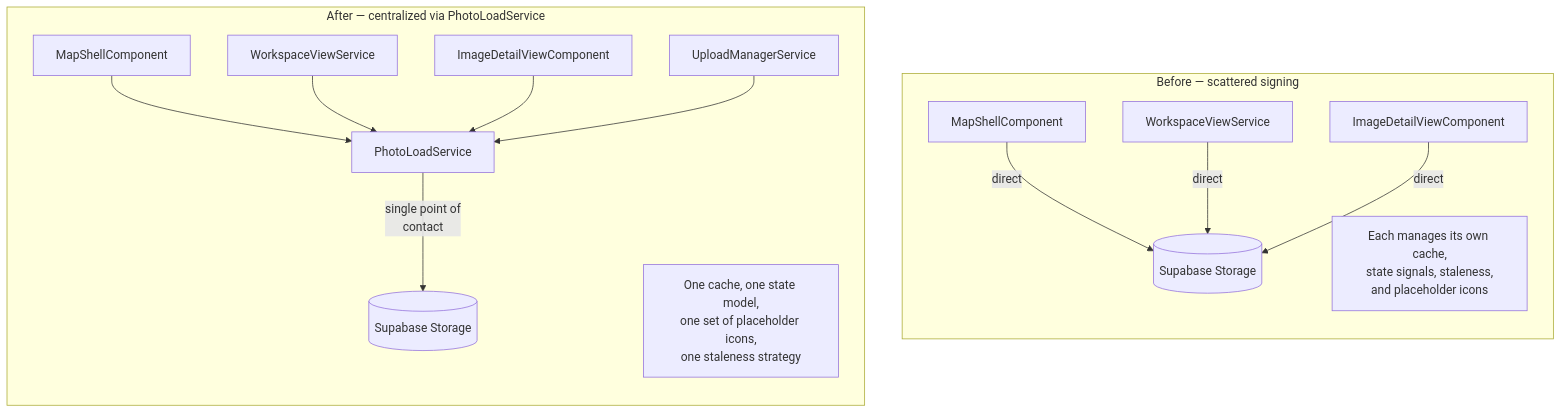
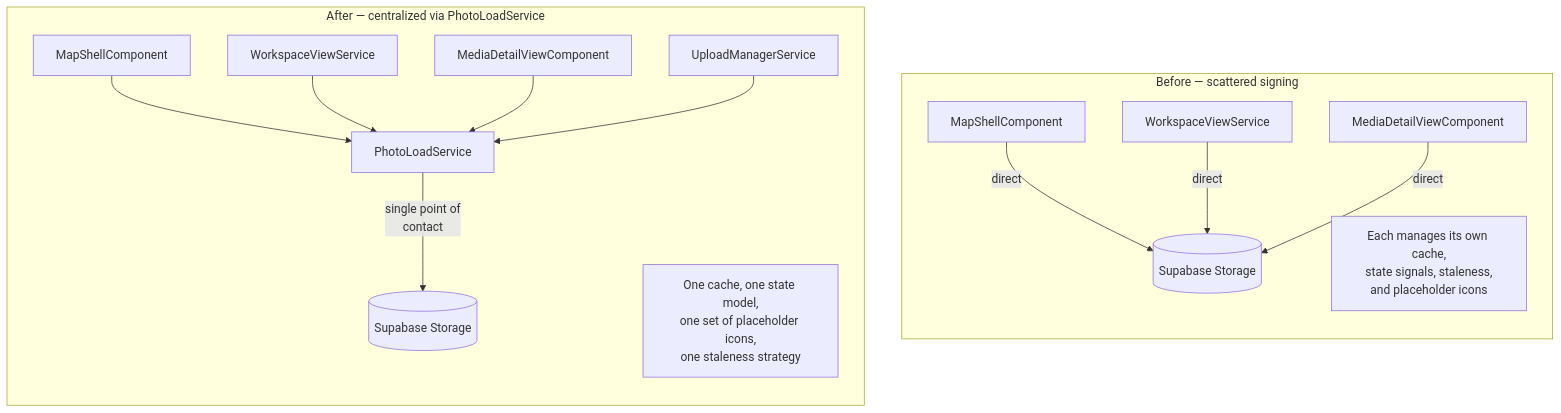
One commit to matkleve/feldpost changed the fifth of 5 diagrams in docs/element-specs/photo-load-service.md. Above: the diagram before and after it, drawn with Mermaid. The commit also changed other lines of this file and 54 other files, not shown here.

First line of the commit message:
feat: add media detail view components and specifications

````diff
--- a/docs/element-specs/photo-load-service.md
+++ b/docs/element-specs/photo-load-service.md
@@ -212,20 +212,20 @@
 ```mermaid
 flowchart TB
     subgraph BEFORE["Before — scattered signing"]
         direction TB
         MS1[MapShellComponent] -- direct --> SB1[(Supabase Storage)]
         WVS1[WorkspaceViewService] -- direct --> SB1
-        IDV1[ImageDetailViewComponent] -- direct --> SB1
+        IDV1[MediaDetailViewComponent] -- direct --> SB1
         Note1["Each manages its own cache,<br/>state signals, staleness,<br/>and placeholder icons"]
     end
 
     subgraph AFTER["After — centralized via PhotoLoadService"]
         direction TB
         MS2[MapShellComponent] --> PLS2[PhotoLoadService]
         WVS2[WorkspaceViewService] --> PLS2
-        IDV2[ImageDetailViewComponent] --> PLS2
+        IDV2[MediaDetailViewComponent] --> PLS2
         UMS2[UploadManagerService] --> PLS2
         PLS2 -- "single point of<br/>contact" --> SB2[(Supabase Storage)]
         Note2["One cache, one state model,<br/>one set of placeholder icons,<br/>one staleness strategy"]
     end
 ```
````
